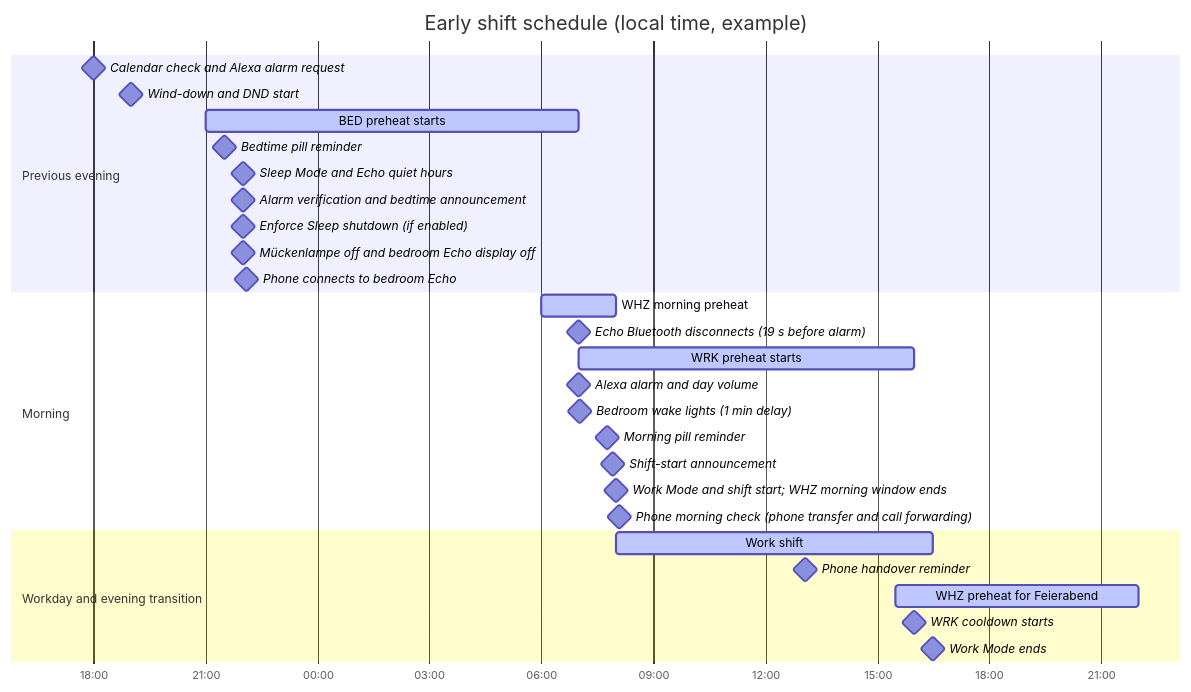
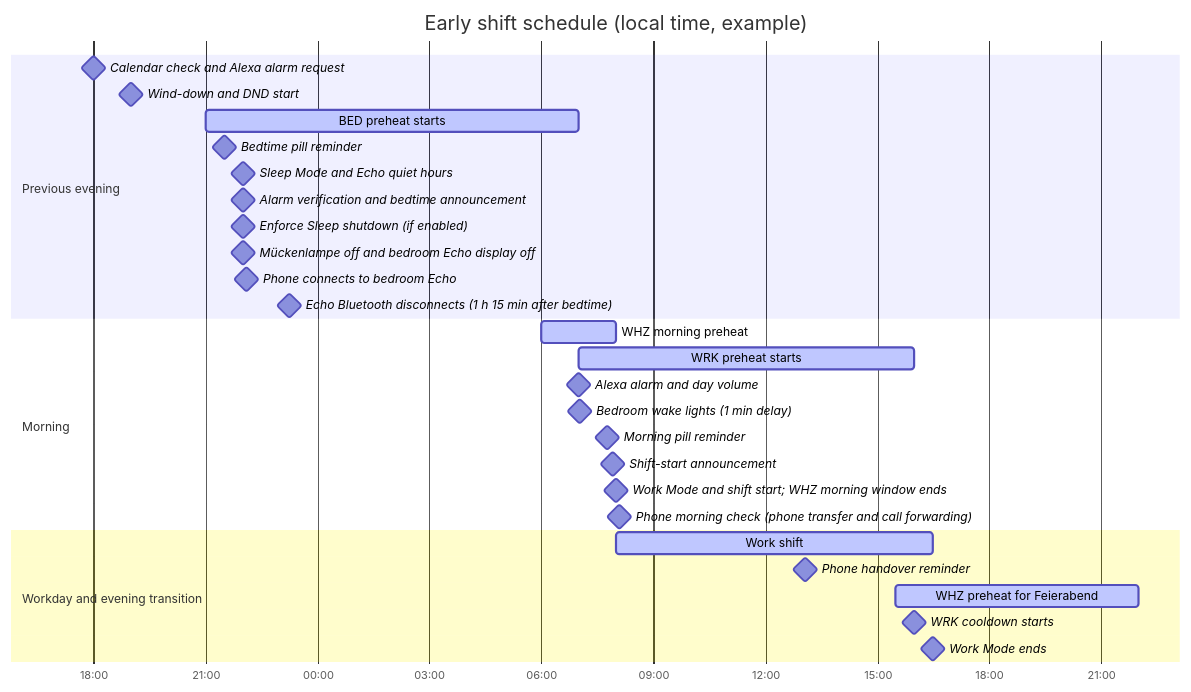
Before and after one commit to theniwo/homeassistant: the third of 3 diagrams in README.md, drawn with Mermaid. The commit also changed other lines of this file and 2 other files, not shown here.

````diff
--- a/README.md
+++ b/README.md
@@ -178,32 +180,32 @@
 ```mermaid
 gantt
     title Early shift schedule (local time, example)
     dateFormat YYYY-MM-DD HH:mm
     axisFormat %H:%M
     section Previous evening
     Calendar check and Alexa alarm request :milestone, 2026-10-27 18:00, 0m
     Wind-down and DND start :milestone, 2026-10-27 19:00, 0m
     BED preheat starts :active, 2026-10-27 21:00, 600m
     Bedtime pill reminder :milestone, 2026-10-27 21:30, 0m
     Sleep Mode and Echo quiet hours :milestone, 2026-10-27 22:00, 0m
     Alarm verification and bedtime announcement :milestone, 2026-10-27 22:00, 0m
     Enforce Sleep shutdown (if enabled) :milestone, 2026-10-27 22:00, 0m
     Mückenlampe off and bedroom Echo display off :milestone, 2026-10-27 22:00, 0m
     Phone connects to bedroom Echo :milestone, 2026-10-27 22:05, 0m
+    Echo Bluetooth disconnects (1 h 15 min after bedtime) :milestone, 2026-10-27 23:15, 0m
     section Morning
     WHZ morning preheat :active, 2026-10-28 06:00, 120m
-    Echo Bluetooth disconnects (19 s before alarm) :milestone, 2026-10-28 06:59, 0m
     WRK preheat starts :active, 2026-10-28 07:00, 540m
     Alexa alarm and day volume :milestone, 2026-10-28 07:00, 0m
     Bedroom wake lights (1 min delay) :milestone, 2026-10-28 07:01, 0m
     Morning pill reminder :milestone, 2026-10-28 07:45, 0m
     Shift-start announcement :milestone, 2026-10-28 07:55, 0m
     Work Mode and shift start; WHZ morning window ends :milestone, 2026-10-28 08:00, 0m
     Phone morning check (phone transfer and call forwarding) :milestone, 2026-10-28 08:05, 0m
     section Workday and evening transition
     Work shift :active, 2026-10-28 08:00, 510m
     Phone handover reminder :milestone, 2026-10-28 13:05, 0m
     WHZ preheat for Feierabend :active, 2026-10-28 15:30, 390m
     WRK cooldown starts :milestone, 2026-10-28 16:00, 0m
     Work Mode ends :milestone, 2026-10-28 16:30, 0m
 ```
````
